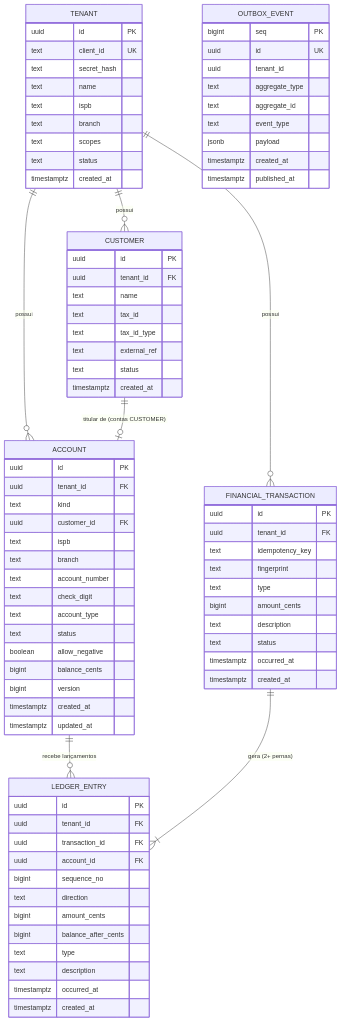
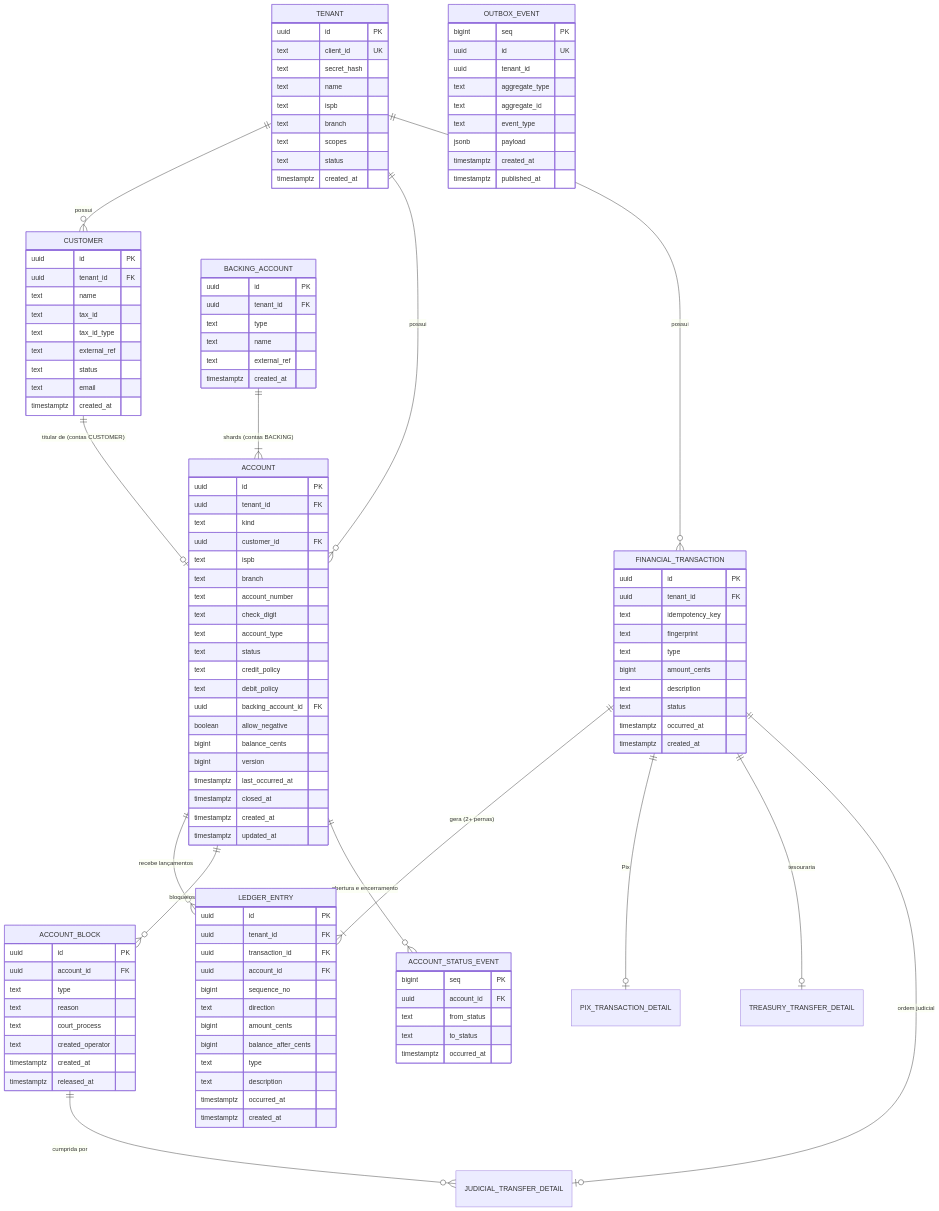
The diagram in wallet-core/docs/data-model.md (erikmatioli/wallet), drawn with Mermaid before and after one commit. The commit also changed other lines of this file and 11 other files, not shown here.

```diff
--- a/wallet-core/docs/data-model.md
+++ b/wallet-core/docs/data-model.md
@@ -22,6 +24,13 @@
     CUSTOMER ||--o| ACCOUNT : "titular de (contas CUSTOMER)"
     ACCOUNT ||--o{ LEDGER_ENTRY : "recebe lançamentos"
     FINANCIAL_TRANSACTION ||--|{ LEDGER_ENTRY : "gera (2+ pernas)"
+    BACKING_ACCOUNT ||--|{ ACCOUNT : "shards (contas BACKING)"
+    ACCOUNT ||--o{ ACCOUNT_BLOCK : "bloqueios"
+    ACCOUNT ||--o{ ACCOUNT_STATUS_EVENT : "abertura e encerramento"
+    FINANCIAL_TRANSACTION ||--o| PIX_TRANSACTION_DETAIL : "Pix"
+    FINANCIAL_TRANSACTION ||--o| TREASURY_TRANSFER_DETAIL : "tesouraria"
+    FINANCIAL_TRANSACTION ||--o| JUDICIAL_TRANSFER_DETAIL : "ordem judicial"
+    ACCOUNT_BLOCK ||--o{ JUDICIAL_TRANSFER_DETAIL : "cumprida por"
 
     TENANT {
         uuid id PK
@@ -42,6 +51,7 @@
         text tax_id_type
         text external_ref
         text status
+        text email
         timestamptz created_at
     }
     ACCOUNT {
@@ -55,11 +65,41 @@
         text check_digit
         text account_type
         text status
+        text credit_policy
+        text debit_policy
+        uuid backing_account_id FK
         boolean allow_negative
         bigint balance_cents
         bigint version
+        timestamptz last_occurred_at
+        timestamptz closed_at
         timestamptz created_at
         timestamptz updated_at
+    }
+    BACKING_ACCOUNT {
+        uuid id PK
+        uuid tenant_id FK
+        text type
+        text name
+        text external_ref
+        timestamptz created_at
+    }
+    ACCOUNT_BLOCK {
+        uuid id PK
+        uuid account_id FK
+        text type
+        text reason
+        text court_process
+        text created_operator
+        timestamptz created_at
+        timestamptz released_at
+    }
+    ACCOUNT_STATUS_EVENT {
+        bigint seq PK
+        uuid account_id FK
+        text from_status
+        text to_status
+        timestamptz occurred_at
     }
     FINANCIAL_TRANSACTION {
         uuid id PK
```
